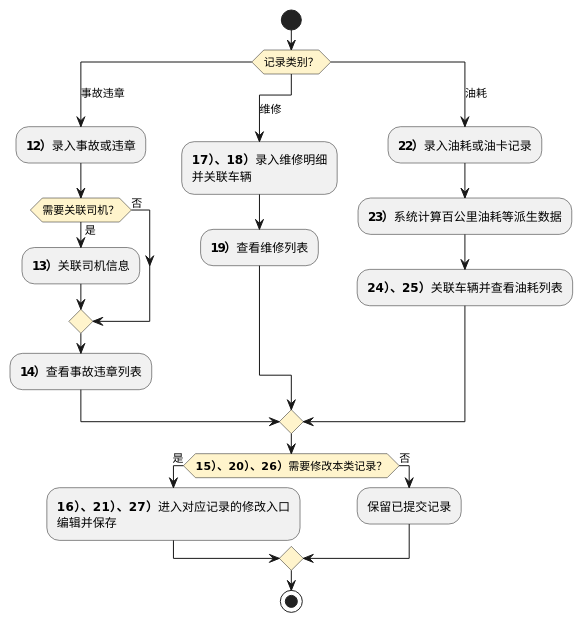
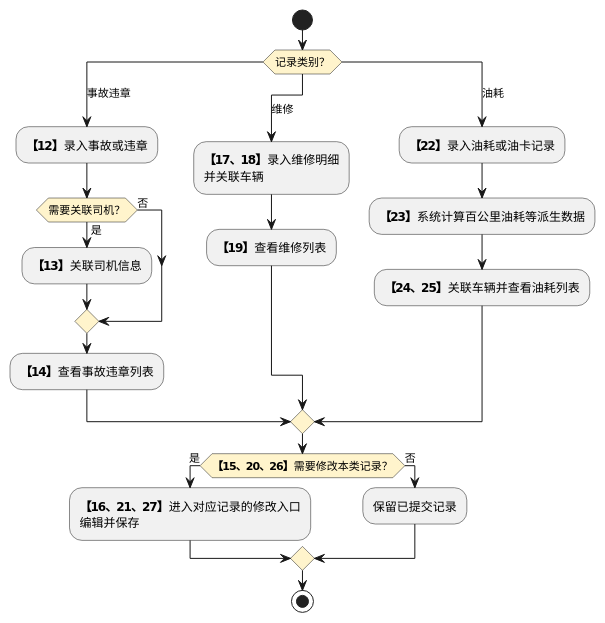
The second of 2 diagrams in product-caliber/goldjet/segmented-prd/PRD.高捷物流系统一期.第017篇.航晟车队管理.03280CBA2C.md (jack888332/projects-doc), drawn with PlantUML before and after one commit. The commit also changed other lines of this file and 12 other files, not shown here.

Commit message:
完善DSL图

````diff
--- a/product-caliber/goldjet/segmented-prd/PRD.高捷物流系统一期.第017篇.航晟车队管理.03280CBA2C.md
+++ b/product-caliber/goldjet/segmented-prd/PRD.高捷物流系统一期.第017篇.航晟车队管理.03280CBA2C.md
@@ -75,28 +75,28 @@
 ```plantuml
 @startuml goldjet-017-fleet-record-maintenance
 skinparam activityDiamondBackgroundColor #FFF4CC
 start
 switch (记录类别？)
 case (事故违章)
-  :**12）**录入事故或违章;
+  :**【12】**录入事故或违章;
   if (需要关联司机？) then (是)
-    :**13）**关联司机信息;
+    :**【13】**关联司机信息;
   else (否)
   endif
-  :**14）**查看事故违章列表;
+  :**【14】**查看事故违章列表;
 case (\n维修)
-  :**17）、18）**录入维修明细\n并关联车辆;
-  :**19）**查看维修列表;
+  :**【17、18】**录入维修明细\n并关联车辆;
+  :**【19】**查看维修列表;
 case (油耗)
-  :**22）**录入油耗或油卡记录;
-  :**23）**系统计算百公里油耗等派生数据;
-  :**24）、25）**关联车辆并查看油耗列表;
+  :**【22】**录入油耗或油卡记录;
+  :**【23】**系统计算百公里油耗等派生数据;
+  :**【24、25】**关联车辆并查看油耗列表;
 endswitch
-if (**15）、20）、26）**需要修改本类记录？) then (是)
-  :**16）、21）、27）**进入对应记录的修改入口\n编辑并保存;
+if (**【15、20、26】**需要修改本类记录？) then (是)
+  :**【16、21、27】**进入对应记录的修改入口\n编辑并保存;
 else (否)
   :保留已提交记录;
 endif
 stop
 @enduml
 ```
````
